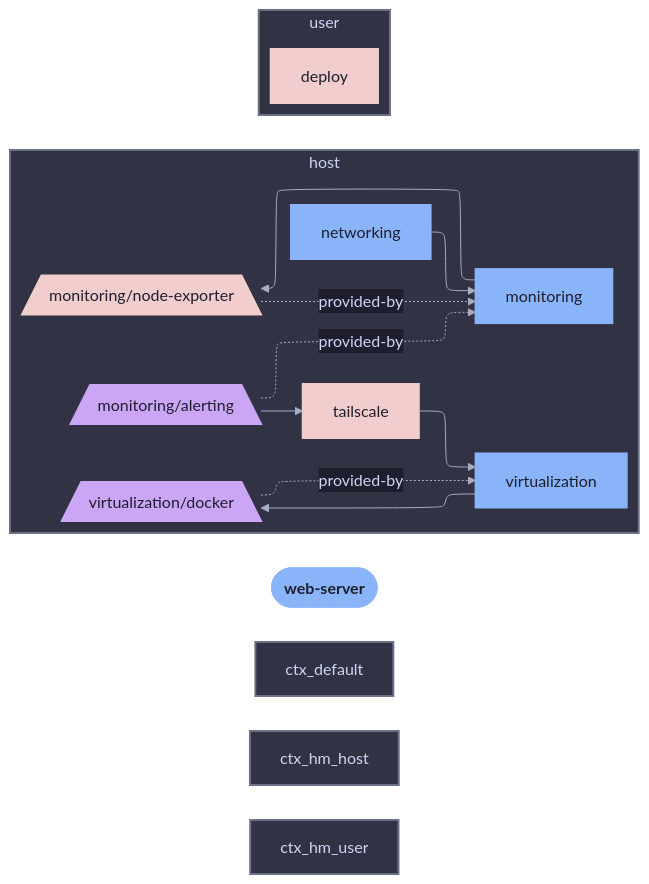
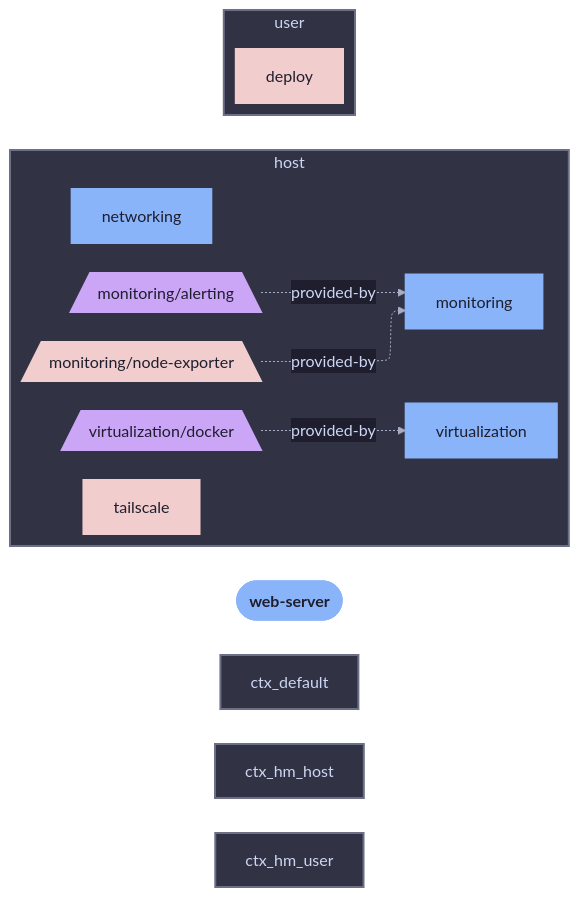
Before and after one commit to sini/den: the diagram in templates/diag-fx-demo/diagrams/web-server-declared.md, drawn with Mermaid. The commit also changed 849 other files, not shown here.

Commit message:
chore: update fx diagrams

````diff
--- a/templates/diag-fx-demo/diagrams/web-server-declared.md
+++ b/templates/diag-fx-demo/diagrams/web-server-declared.md
@@ -5,44 +5,39 @@
 ```mermaid
 %%{init: {"elk":{"mergeEdges":true,"nodePlacementStrategy":"BRANDES_KOEPF"},"layout":"elk","theme":"base","themeVariables":{"activationBkgColor":"#313244","activationBorderColor":"#6c7086","actorBkg":"#313244","actorBorder":"#a6adc8","actorLineColor":"#a6adc8","actorTextColor":"#cdd6f4","background":"#1e1e2e","classText":"#cdd6f4","clusterBkg":"#313244","clusterBorder":"#6c7086","edgeLabelBackground":"#1e1e2e","labelBoxBkgColor":"#313244","labelBoxBorderColor":"#a6adc8","labelTextColor":"#cdd6f4","lineColor":"#a6adc8","loopTextColor":"#cdd6f4","mainBkg":"#313244","nodeBkg":"#313244","nodeBorder":"#a6adc8","nodeTextColor":"#cdd6f4","noteBkgColor":"#313244","noteBorderColor":"#6c7086","noteTextColor":"#cdd6f4","pie1":"#f38ba8","pie2":"#fab387","pie3":"#f9e2af","pie4":"#a6e3a1","pie5":"#94e2d5","pie6":"#89b4fa","pie7":"#cba6f7","pie8":"#f2cdcd","pieLegendTextColor":"#cdd6f4","pieOuterStrokeColor":"#6c7086","pieSectionTextColor":"#cdd6f4","pieStrokeColor":"#6c7086","pieTitleTextColor":"#cdd6f4","primaryBorderColor":"#a6adc8","primaryColor":"#313244","primaryTextColor":"#cdd6f4","secondBkg":"#313244","secondaryBorderColor":"#6c7086","secondaryColor":"#313244","secondaryTextColor":"#cdd6f4","sequenceNumberColor":"#1e1e2e","signalColor":"#a6adc8","signalTextColor":"#cdd6f4","tertiaryBorderColor":"#6c7086","tertiaryColor":"#313244","tertiaryTextColor":"#cdd6f4","textColor":"#cdd6f4","titleColor":"#cdd6f4"}}}%%
 graph LR
   web_server([web-server]):::root
 
   subgraph ctx_host["host"]
   monitoring__alerting[/"monitoring/alerting"\]:::monitoring__alerting_c
   virtualization__docker[/"virtualization/docker"\]:::virtualization__docker_c
   monitoring["monitoring"]:::monitoring_c
   networking["networking"]:::networking_c
   monitoring__node_exporter[/"monitoring/node-exporter"\]:::monitoring__node_exporter_c
   tailscale["tailscale"]:::tailscale_c
   virtualization["virtualization"]:::virtualization_c
-  monitoring --> monitoring__node_exporter
-  monitoring__alerting --> tailscale
-  networking --> monitoring
-  tailscale --> virtualization
-  virtualization --> virtualization__docker
   monitoring__node_exporter -.->|provided-by| monitoring
   monitoring__alerting -.->|provided-by| monitoring
   virtualization__docker -.->|provided-by| virtualization
   end
   subgraph ctx_user["user"]
   deploy["deploy"]:::deploy_c
 
   end
 
 
   classDef root fill:#89b4fa,stroke:#89b4fa,color:#1e1e2e,font-weight:bold
   classDef monitoring__alerting_c fill:#cba6f7,stroke:#cba6f7,color:#1e1e2e,stroke-width:2px
   classDef deploy_c fill:#f2cdcd,stroke:#f2cdcd,color:#1e1e2e,stroke-width:2px
   classDef virtualization__docker_c fill:#cba6f7,stroke:#cba6f7,color:#1e1e2e,stroke-width:2px
   classDef monitoring_c fill:#89b4fa,stroke:#89b4fa,color:#1e1e2e,stroke-width:2px
   classDef networking_c fill:#89b4fa,stroke:#89b4fa,color:#1e1e2e,stroke-width:2px
   classDef monitoring__node_exporter_c fill:#f2cdcd,stroke:#f2cdcd,color:#1e1e2e,stroke-width:2px
   classDef tailscale_c fill:#f2cdcd,stroke:#f2cdcd,color:#1e1e2e,stroke-width:2px
   classDef virtualization_c fill:#89b4fa,stroke:#89b4fa,color:#1e1e2e,stroke-width:2px
-  classDef web_server_c fill:#cba6f7,stroke:#cba6f7,color:#1e1e2e,stroke-width:3px
+  classDef web_server_c fill:#cba6f7,stroke:#cba6f7,color:#1e1e2e,stroke-width:2px
 style ctx_host fill:#313244,stroke:#6c7086,stroke-width:2px
 style ctx_default fill:#313244,stroke:#6c7086,stroke-width:2px
 style ctx_hm_host fill:#313244,stroke:#6c7086,stroke-width:2px
 style ctx_hm_user fill:#313244,stroke:#6c7086,stroke-width:2px
 style ctx_user fill:#313244,stroke:#6c7086,stroke-width:2px
 ```
````
